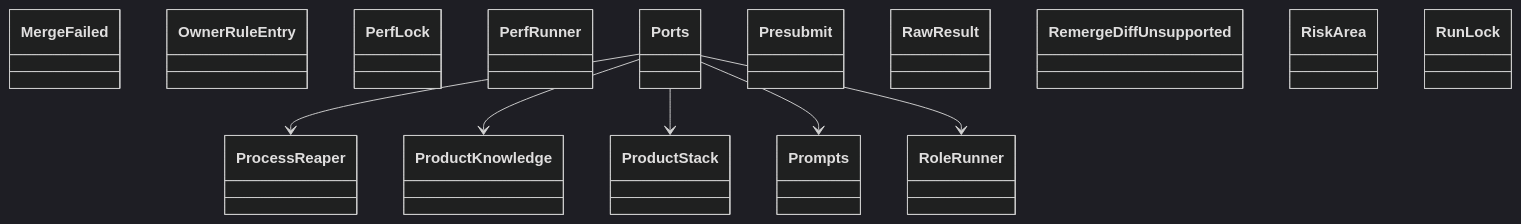
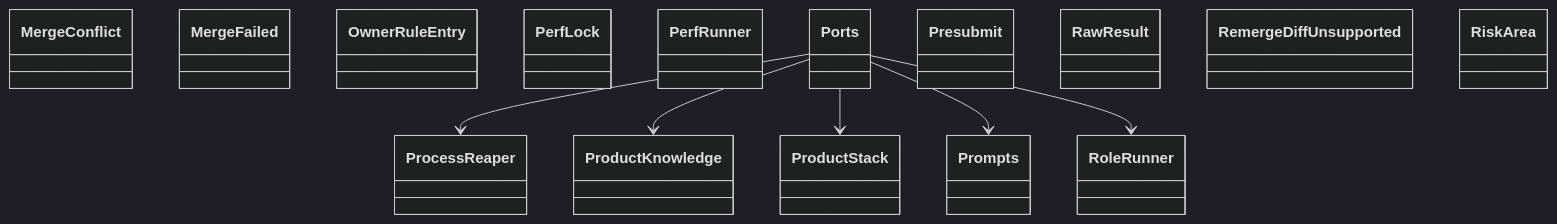
The diagram in docs/architecture/generated/classes-process-application-support-4.md (GonzaloZevallos/agentic-system), drawn with Mermaid (dark theme) before and after one commit. The commit also changed 10 other files, not shown here.

````diff
--- a/docs/architecture/generated/classes-process-application-support-4.md
+++ b/docs/architecture/generated/classes-process-application-support-4.md
@@ -19,23 +19,23 @@
 ```mermaid
 classDiagram
+    class ports__MergeConflict["MergeConflict"]
     class ports__MergeFailed["MergeFailed"]
     class ports__OwnerRuleEntry["OwnerRuleEntry"]
     class ports__PerfLock["PerfLock"]
     class ports__PerfRunner["PerfRunner"]
     class ports__Ports["Ports"]
     class ports__Presubmit["Presubmit"]
     class ports__ProcessReaper["ProcessReaper"]
     class ports__ProductKnowledge["ProductKnowledge"]
     class ports__ProductStack["ProductStack"]
     class ports__Prompts["Prompts"]
     class ports__RawResult["RawResult"]
     class ports__RemergeDiffUnsupported["RemergeDiffUnsupported"]
     class ports__RiskArea["RiskArea"]
     class ports__RoleRunner["RoleRunner"]
-    class ports__RunLock["RunLock"]
     ports__Ports --> ports__ProcessReaper
     ports__Ports --> ports__ProductKnowledge
     ports__Ports --> ports__ProductStack
     ports__Ports --> ports__Prompts
     ports__Ports --> ports__RoleRunner
 ```
````
